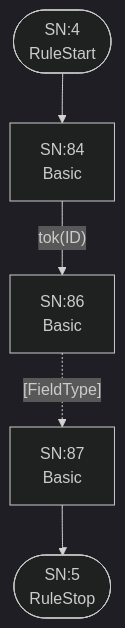
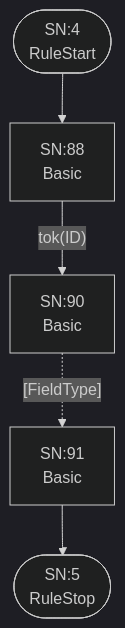
The third of 26 diagrams in internal/grammar/atn.md (TypeFox/fastbelt), drawn with Mermaid (dark theme) before and after one commit. The commit also changed other lines of this file and 22 other files, not shown here.

````diff
--- a/internal/grammar/atn.md
+++ b/internal/grammar/atn.md
@@ -100,13 +105,13 @@
 ```mermaid
 flowchart TD
     q4(["SN:4<br/>RuleStart"])
     q5(["SN:5<br/>RuleStop"])
-    q84["SN:84<br/>Basic<br/>"]
-    q85["SN:86<br/>Basic<br/>"]
-    q86["SN:87<br/>Basic<br/>"]
+    q88["SN:88<br/>Basic<br/>"]
+    q89["SN:90<br/>Basic<br/>"]
+    q90["SN:91<br/>Basic<br/>"]
 
-    q4 --> q84
-    q84 -->|"tok(ID)"| q85
-    q85 -.->|"[FieldType]"| q86
-    q86 --> q5
+    q4 --> q88
+    q88 -->|"tok(ID)"| q89
+    q89 -.->|"[FieldType]"| q90
+    q90 --> q5
 ```
````
